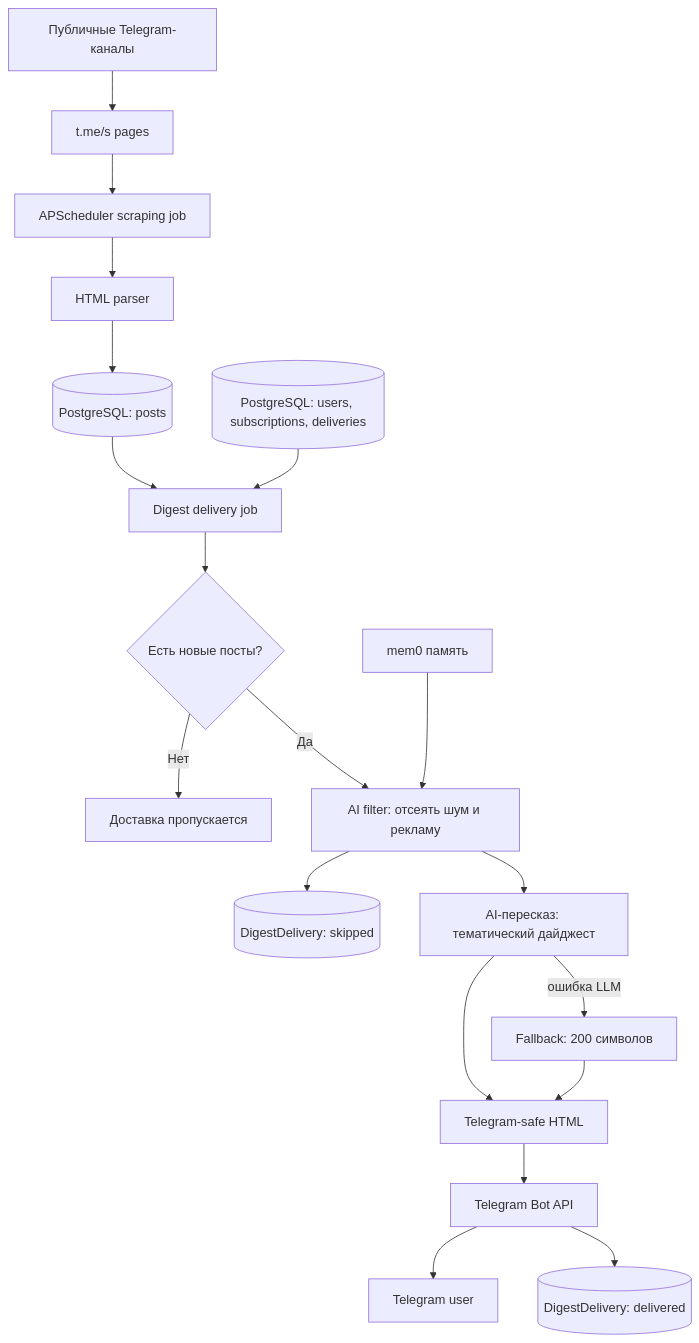
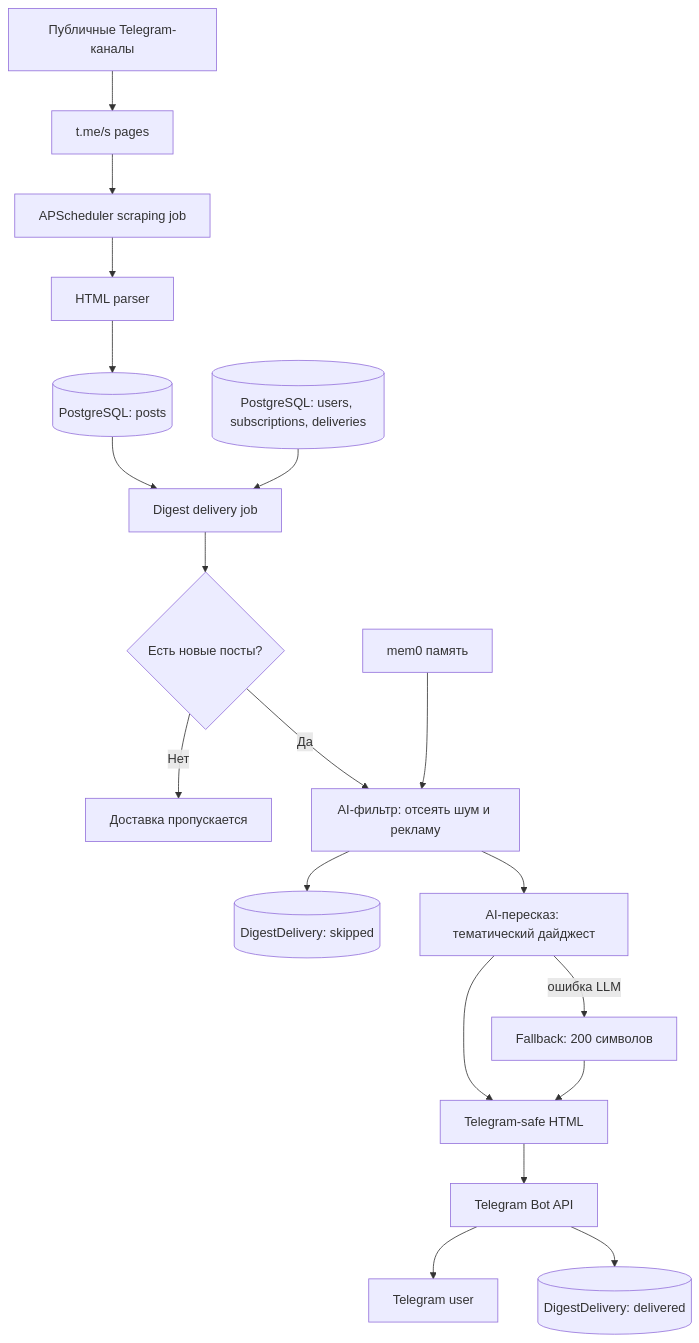
Before and after one commit to bzzbbzbz/Channel-Scanner: the diagram in README.md, drawn with Mermaid. The commit also changed other lines of this file and 41 other files, not shown here.

````diff
--- a/README.md
+++ b/README.md
@@ -38,22 +59,22 @@
 ```mermaid
 flowchart TD
     channel[Публичные Telegram-каналы] --> pages[t.me/s pages]
     pages --> scraper[APScheduler scraping job]
     scraper --> parser[HTML parser]
     parser --> posts[(PostgreSQL: posts)]
 
     posts --> selector[Digest delivery job]
     subscriptions[(PostgreSQL: users, subscriptions, deliveries)] --> selector
     selector --> empty{Есть новые посты?}
     empty -- Нет --> stop[Доставка пропускается]
-    empty -- Да --> filter[AI filter: отсеять шум и рекламу]
+    empty -- Да --> filter[AI-фильтр: отсеять шум и рекламу]
     memory[mem0 память] --> filter
     filter --> skipped[(DigestDelivery: skipped)]
     filter --> summary[AI-пересказ: тематический дайджест]
     summary --> rendered[Telegram-safe HTML]
     summary -- ошибка LLM --> fallback[Fallback: 200 символов]
     fallback --> rendered
     rendered --> sender[Telegram Bot API]
     sender --> user[Telegram user]
     sender --> delivered[(DigestDelivery: delivered)]
 ```
````
